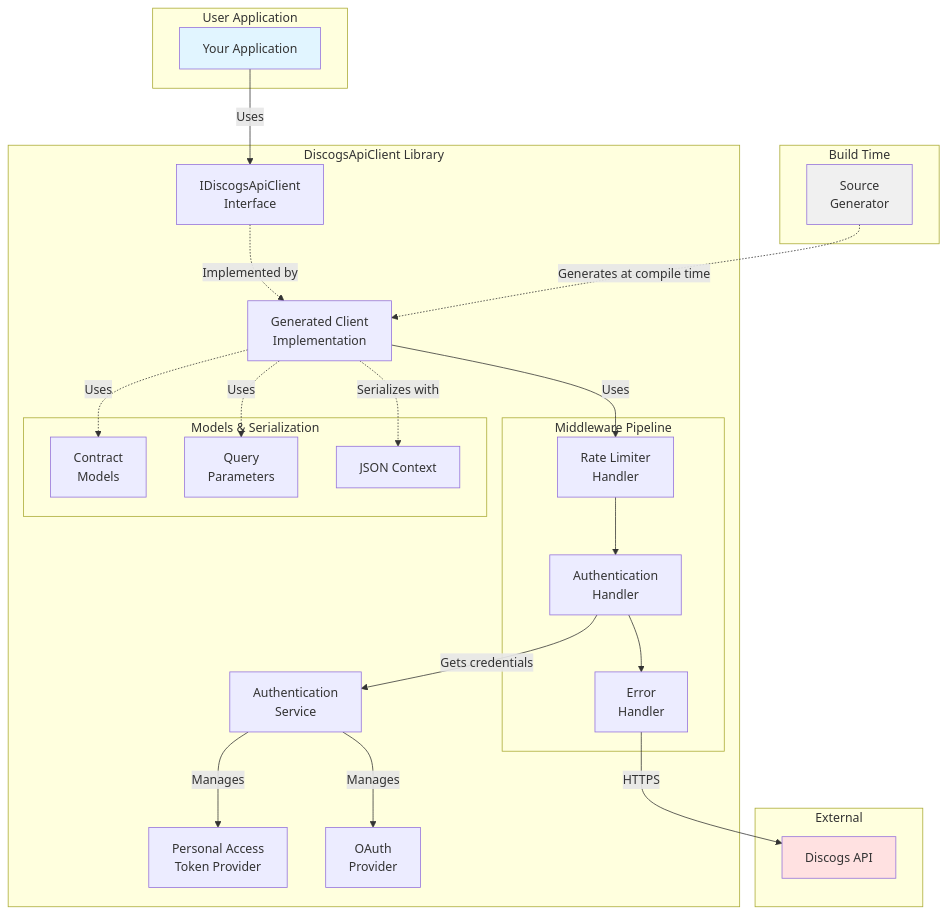
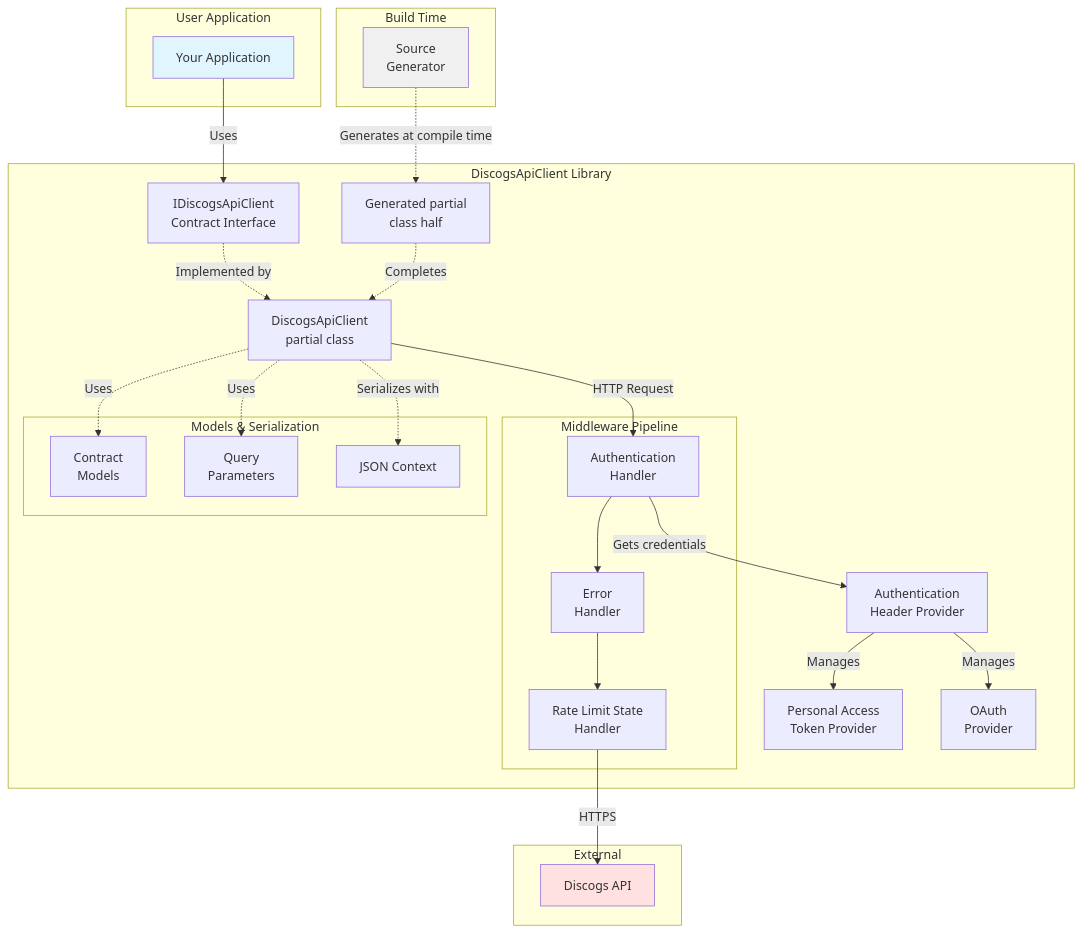
The first of 4 diagrams in docs/ARCHITECTURE.md (damidhagor/DiscogsApiClient), drawn with Mermaid before and after one commit. The commit also changed other lines of this file and 377 other files, not shown here.

````diff
--- a/docs/ARCHITECTURE.md
+++ b/docs/ARCHITECTURE.md
@@ -21,55 +22,54 @@
 ```mermaid
 graph TB
     subgraph "User Application"
         App[Your Application]
     end
 
     subgraph "DiscogsApiClient Library"
-        Interface[IDiscogsApiClient<br/>Interface]
-        Generated[Generated Client<br/>Implementation]
-        Auth[Authentication<br/>Service]
+        Interface[IDiscogsApiClient<br/>Contract Interface]
+        Client[DiscogsApiClient<br/>partial class]
+        Generated[Generated partial<br/>class half]
+        Auth[Authentication<br/>Header Provider]
         PAT[Personal Access<br/>Token Provider]
         OAuth[OAuth<br/>Provider]
 
         subgraph "Middleware Pipeline"
-            RL[Rate Limiter<br/>Handler]
-            AH[Authentication<br/>Handler]
-            EH[Error<br/>Handler]
+            AH[Authentication<br/>Handler] --> EH[Error<br/>Handler]
+            EH --> RLS[Rate Limit State<br/>Handler]
         end
 
         subgraph "Models & Serialization"
             Contract[Contract<br/>Models]
             Query[Query<br/>Parameters]
             Json[JSON Context]
         end
     end
 
     subgraph "Build Time"
         SG[Source<br/>Generator]
     end
 
     subgraph "External"
         API[Discogs API]
     end
 
     App -->|Uses| Interface
-    Interface -.->|Implemented by| Generated
-    Generated -->|Uses| RL
-    RL --> AH
-    AH --> EH
-    EH -->|HTTPS| API
+    Interface -.->|Implemented by| Client
+    Generated -.->|Completes| Client
+    Client -->|HTTP Request| AH
+    RLS -->|HTTPS| API
 
-    Generated -.->|Serializes with| Json
-    Generated -.->|Uses| Contract
-    Generated -.->|Uses| Query
+    Client -.->|Serializes with| Json
+    Client -.->|Uses| Contract
+    Client -.->|Uses| Query
 
     Auth -->|Manages| PAT
     Auth -->|Manages| OAuth
     AH -->|Gets credentials| Auth
 
     SG -.->|Generates at compile time| Generated
 
     style App fill:#e1f5ff
     style API fill:#ffe1e1
     style SG fill:#f0f0f0
 ```
````
